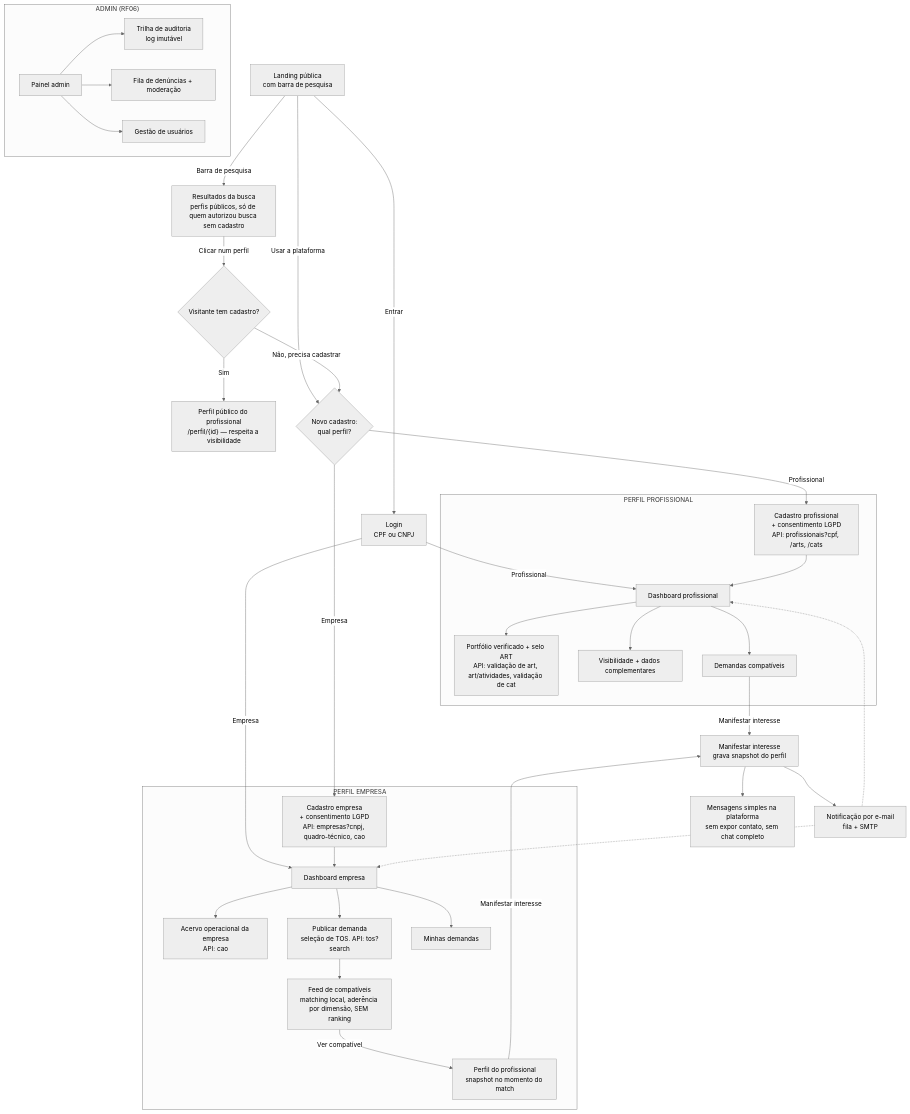
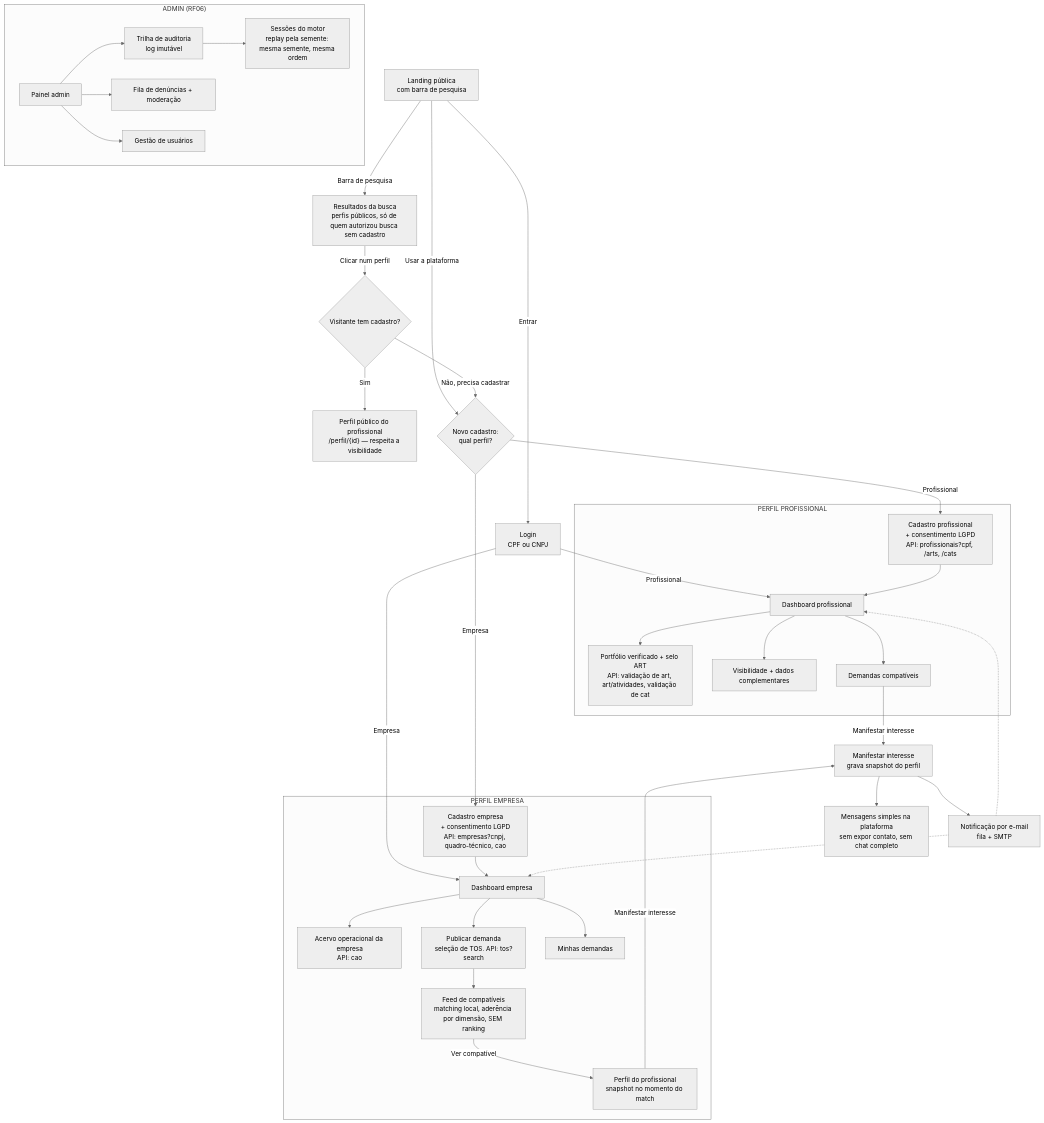
One commit to gabrielcortezspr/Pro-link-4951 changed the diagram in docs/fluxos.md. Above: the diagram before and after it, drawn with Mermaid (neutral theme). The commit also changed other lines of this file, not shown here.

First line of the commit message:
Os fluxos ganham os desvios: estados críticos, perfil em construção e o replay da semente

````diff
--- a/docs/fluxos.md
+++ b/docs/fluxos.md
@@ -9,69 +9,71 @@
 ```mermaid
 flowchart TD
   LAND["Landing pública<br/>com barra de pesquisa"]
   RESULTS["Resultados da busca<br/>perfis públicos, só de quem autorizou busca sem cadastro"]
   GATEC{"Visitante tem cadastro?"}
   PERFC["Perfil público do profissional<br/>/perfil/{id} — respeita a visibilidade"]
   LOGIN["Login<br/>CPF ou CNPJ"]
   ESC{"Novo cadastro:<br/>qual perfil?"}
 
   LAND -->|Entrar| LOGIN
   LAND -->|Usar a plataforma| ESC
   LAND -->|Barra de pesquisa| RESULTS
   RESULTS -->|Clicar num perfil| GATEC
   GATEC -->|Sim| PERFC
   GATEC -->|Não, precisa cadastrar| ESC
   LOGIN -->|Profissional| DASHP
   LOGIN -->|Empresa| DASHE
   ESC -->|Profissional| CADP
   ESC -->|Empresa| CADE
 
   subgraph PROF["PERFIL PROFISSIONAL"]
     CADP["Cadastro profissional<br/>+ consentimento LGPD<br/>API: profissionais?cpf, /arts, /cats"]
     DASHP["Dashboard profissional"]
     PORT["Portfólio verificado + selo ART<br/>API: validação de art, art/atividades, validação de cat"]
     VISP["Visibilidade + dados complementares"]
     FEEDP["Demandas compatíveis"]
     CADP --> DASHP
     DASHP --> PORT
     DASHP --> VISP
     DASHP --> FEEDP
   end
 
   subgraph EMP["PERFIL EMPRESA"]
     CADE["Cadastro empresa<br/>+ consentimento LGPD<br/>API: empresas?cnpj, quadro-técnico, cao"]
     DASHE["Dashboard empresa"]
     PERFE["Acervo operacional da empresa<br/>API: cao"]
     PUBD["Publicar demanda<br/>seleção de TOS. API: tos?search"]
     MIND["Minhas demandas"]
     FEEDE["Feed de compatíveis<br/>matching local, aderência por dimensão, SEM ranking"]
     PERFV["Perfil do profissional<br/>snapshot no momento do match"]
     CADE --> DASHE
     DASHE --> PERFE
     DASHE --> PUBD
     DASHE --> MIND
     PUBD --> FEEDE
     FEEDE -->|Ver compatível| PERFV
   end
 
   FEEDP -->|Manifestar interesse| MANIF
   PERFV -->|Manifestar interesse| MANIF
 
   MANIF["Manifestar interesse<br/>grava snapshot do perfil"]
   COMM["Mensagens simples na plataforma<br/>sem expor contato, sem chat completo"]
   NOTIF["Notificação por e-mail<br/>fila + SMTP"]
   MANIF --> COMM
   MANIF --> NOTIF
   NOTIF -.-> DASHP
   NOTIF -.-> DASHE
 
   subgraph ADMG["ADMIN (RF06)"]
     ADM["Painel admin"]
     AUD["Trilha de auditoria<br/>log imutável"]
+    SESS["Sessões do motor<br/>replay pela semente: mesma semente, mesma ordem"]
     DEN["Fila de denúncias + moderação"]
     USRG["Gestão de usuários"]
     ADM --> AUD
+    AUD --> SESS
     ADM --> DEN
     ADM --> USRG
   end
 ```
````
